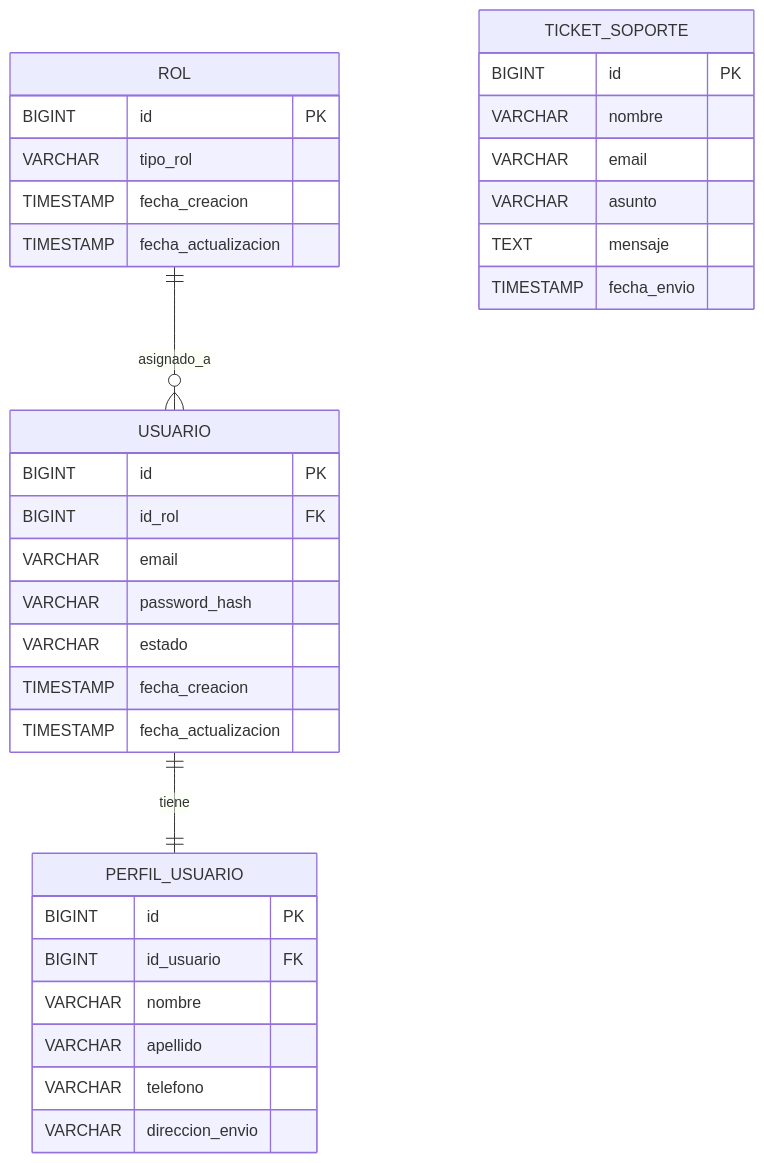
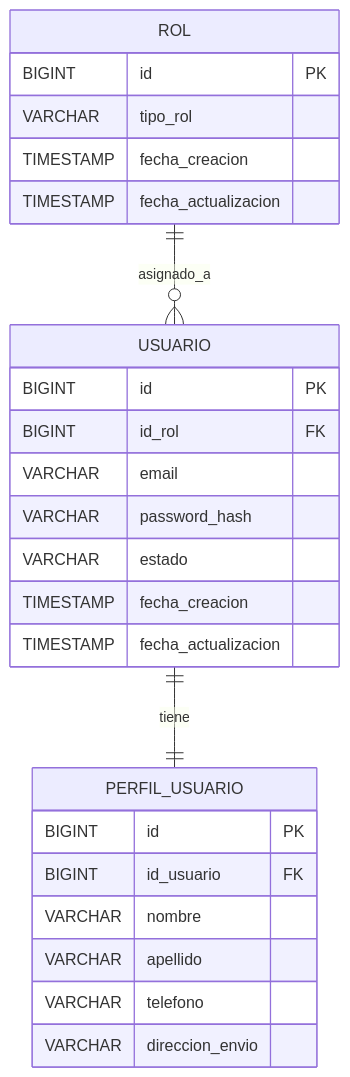
The first of 4 diagrams in README.md (LaVitrinaColeccionistas/app-lavitrinacoleccionistas-common), drawn with Mermaid before and after one commit. The commit also changed other lines of this file and 5 other files, not shown here.

````diff
--- a/README.md
+++ b/README.md
@@ -13,40 +13,31 @@
-``` mermaid
+```mermaid
 erDiagram
     ROL {
         BIGINT id PK
         VARCHAR tipo_rol
         TIMESTAMP fecha_creacion
         TIMESTAMP fecha_actualizacion
     }
 
     USUARIO {
         BIGINT id PK
         BIGINT id_rol FK
         VARCHAR email
         VARCHAR password_hash
         VARCHAR estado
         TIMESTAMP fecha_creacion
         TIMESTAMP fecha_actualizacion
     }
 
     PERFIL_USUARIO {
         BIGINT id PK
         BIGINT id_usuario FK
         VARCHAR nombre
         VARCHAR apellido
         VARCHAR telefono
         VARCHAR direccion_envio
     }
 
-    TICKET_SOPORTE {
-        BIGINT id PK
-        VARCHAR nombre
-        VARCHAR email
-        VARCHAR asunto
-        TEXT mensaje
-        TIMESTAMP fecha_envio
-    }
-
     ROL ||--o{ USUARIO : asignado_a
     USUARIO ||--|| PERFIL_USUARIO : tiene
 ```
````
